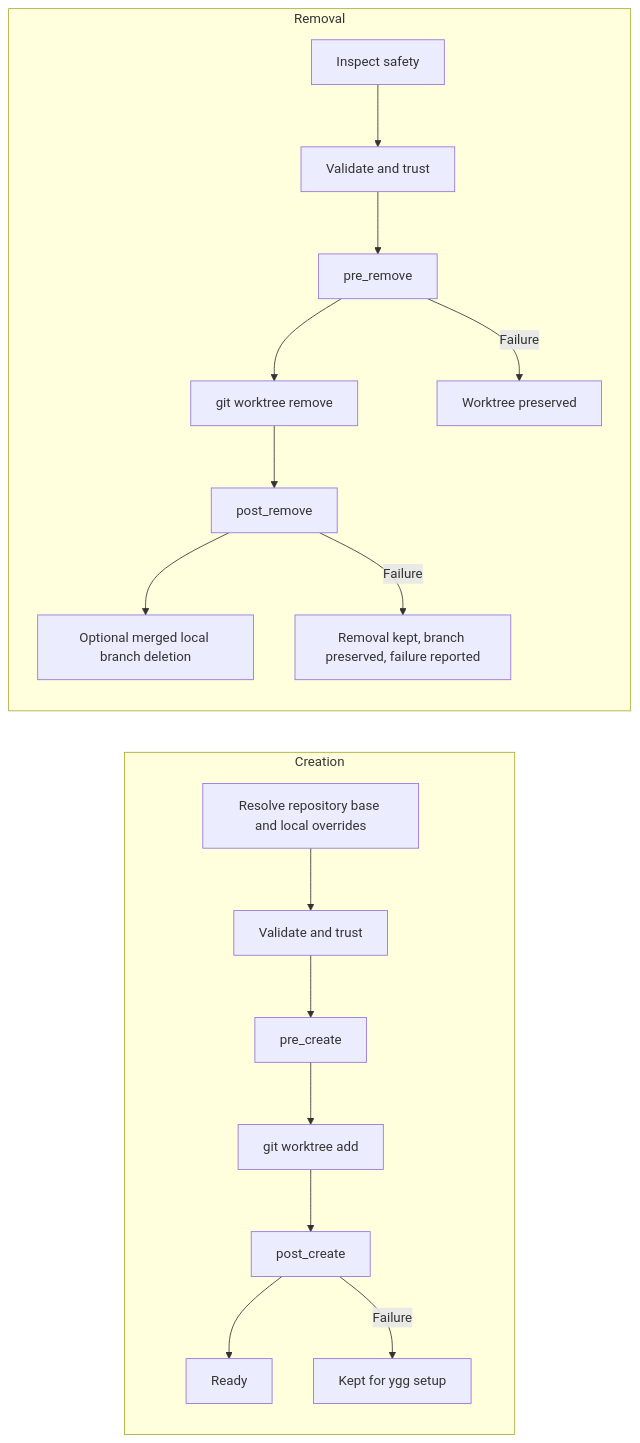
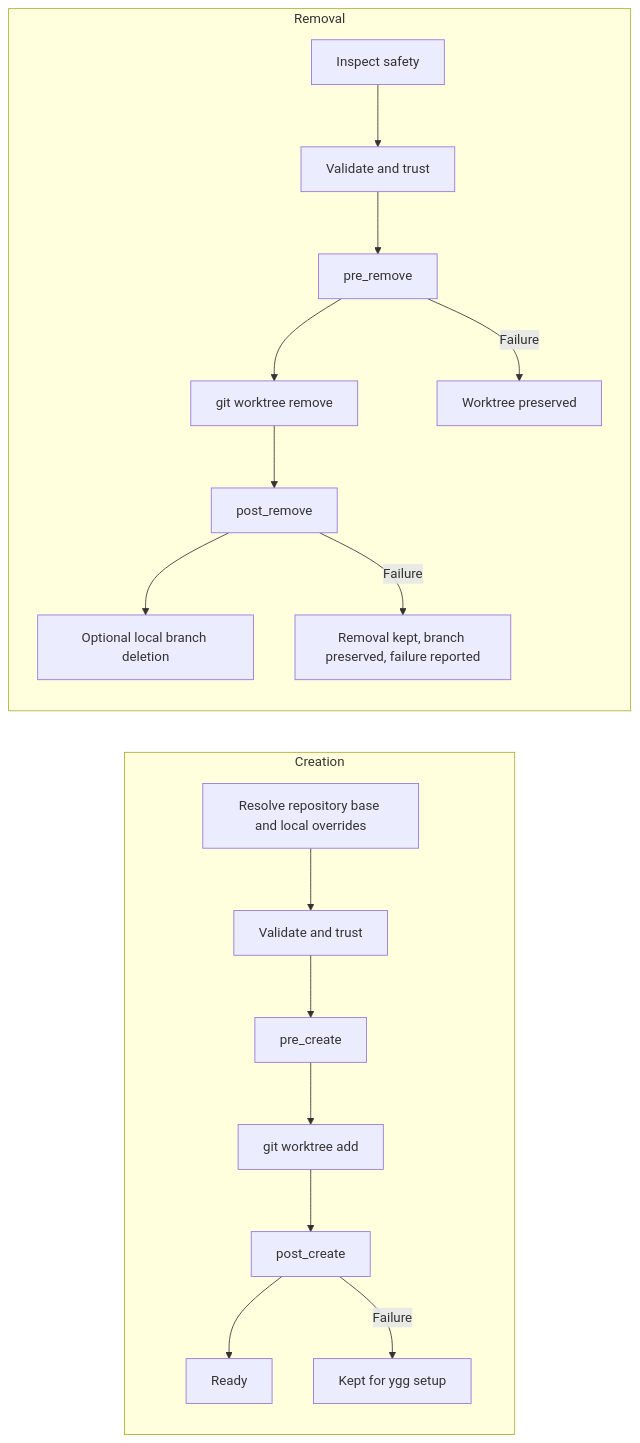
The diagram in docs/configuration.md (phillippbertram/wald-worktree), drawn with Mermaid before and after one commit. The commit also changed 7 other files, not shown here.

````diff
--- a/docs/configuration.md
+++ b/docs/configuration.md
@@ -506,21 +506,21 @@
 ```mermaid
 flowchart LR
     subgraph Creation
       C1[Resolve repository base and local overrides] --> C2[Validate and trust]
       C2 --> C3[pre_create]
       C3 --> C4[git worktree add]
       C4 --> C5[post_create]
       C5 --> C6[Ready]
       C5 -- Failure --> C7[Kept for ygg setup]
     end
 
     subgraph Removal
       R1[Inspect safety] --> R2[Validate and trust]
       R2 --> R3[pre_remove]
       R3 --> R4[git worktree remove]
       R4 --> R5[post_remove]
-      R5 --> R8[Optional merged local branch deletion]
+      R5 --> R8[Optional local branch deletion]
       R3 -- Failure --> R6[Worktree preserved]
       R5 -- Failure --> R7[Removal kept, branch preserved, failure reported]
     end
 ```
````
